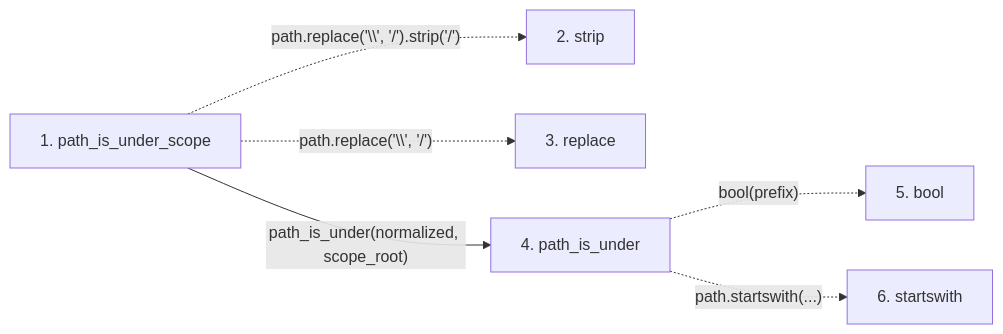
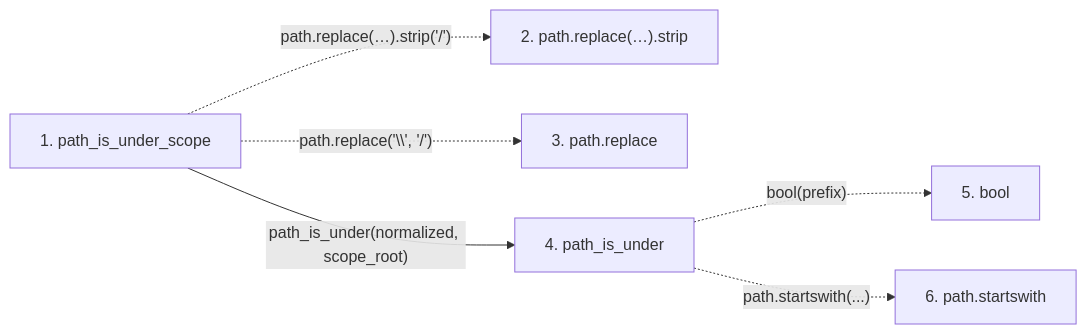
One commit to Denissvgn/python-wiki-llm changed the second of 2 diagrams in docs/llm_wiki/flows/api-path_is_under_scope.md. Above: the diagram before and after it, drawn with Mermaid. The commit also changed other lines of this file and 719 other files, not shown here.

````diff
--- a/docs/llm_wiki/flows/api-path_is_under_scope.md
+++ b/docs/llm_wiki/flows/api-path_is_under_scope.md
@@ -28,16 +28,16 @@
 ```mermaid
 flowchart LR
     s1["1. path_is_under_scope"]
-    s2["2. strip"]
-    s3["3. replace"]
+    s2["2. path.replace(…).strip"]
+    s3["3. path.replace"]
     s4["4. path_is_under"]
     s5["5. bool"]
-    s6["6. startswith"]
-    s1 -. "path.replace('\\', '/').strip('/')" .-> s2
+    s6["6. path.startswith"]
+    s1 -. "path.replace(…).strip('/')" .-> s2
     s1 -. "path.replace('\\', '/')" .-> s3
     s1 -->|"path_is_under(normalized, scope_root)"| s4
     s4 -. "bool(prefix)" .-> s5
     s4 -. "path.startswith(...)" .-> s6
     click s1 "../modules/validation.md"
     click s4 "../modules/validation.md"
 ```
````
